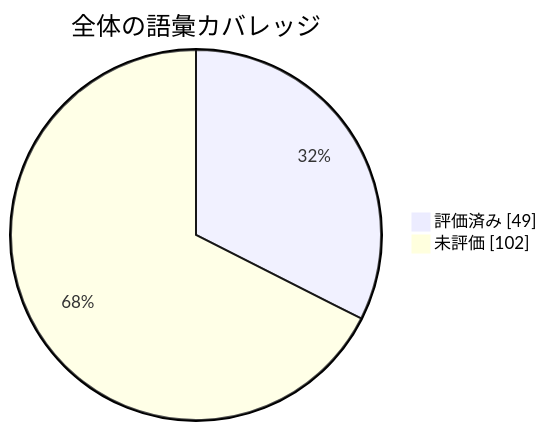
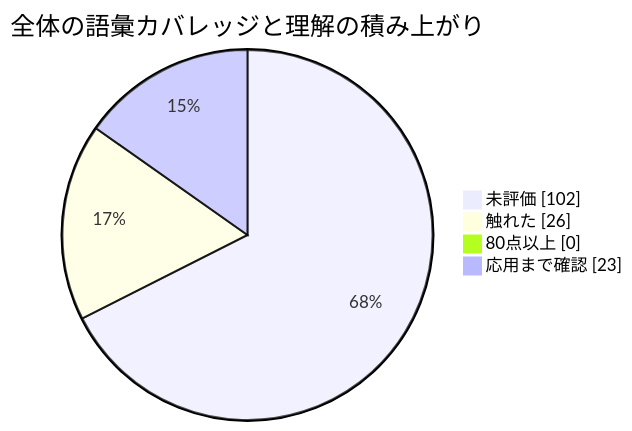
The diagram in 進捗/モチベ.md (ryusuke2003/security-specialist-study), drawn with Mermaid before and after one commit. The commit also changed other lines of this file and 3 other files, not shown here.

````diff
--- a/進捗/モチベ.md
+++ b/進捗/モチベ.md
@@ -5,6 +5,8 @@
 ```mermaid
 pie showData
-    title 全体の語彙カバレッジ
-    "評価済み" : 49
+    title 全体の語彙カバレッジと理解の積み上がり
     "未評価" : 102
+    "触れた" : 26
+    "80点以上" : 0
+    "応用まで確認" : 23
 ```
````
